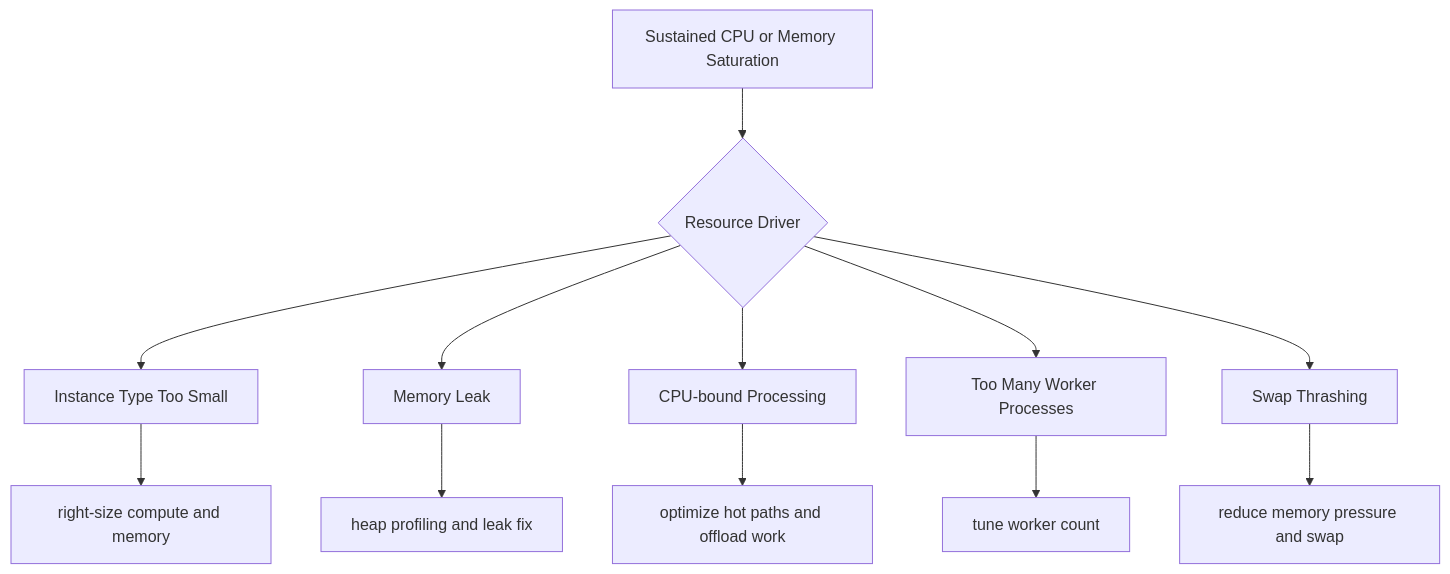
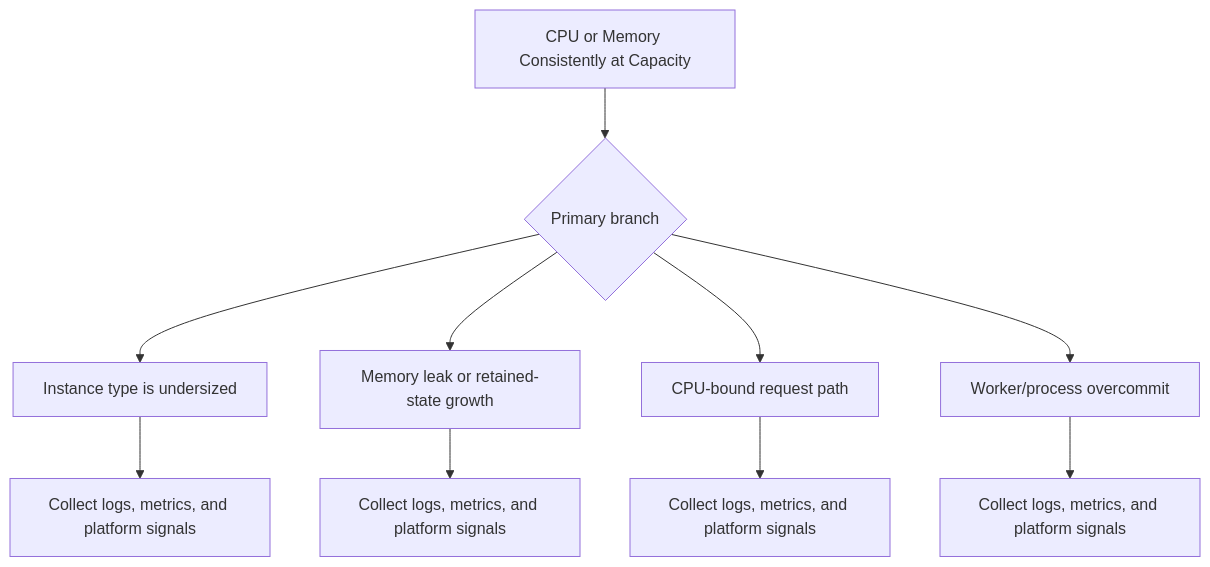
One commit to yeongseon/aws-elastic-beanstalk-practical-guide changed the first of 2 diagrams in docs/troubleshooting/playbooks/performance/cpu-memory-exhaustion.md. Above: the diagram before and after it, drawn with Mermaid. The commit also changed other lines of this file and 223 other files, not shown here.

````diff
--- a/docs/troubleshooting/playbooks/performance/cpu-memory-exhaustion.md
+++ b/docs/troubleshooting/playbooks/performance/cpu-memory-exhaustion.md
@@ -12,14 +6,12 @@
 ```mermaid
 flowchart TD
-    A[Sustained CPU or Memory Saturation] --> B{Resource Driver}
-    B --> C[Instance Type Too Small]
-    B --> D[Memory Leak]
-    B --> E[CPU-bound Processing]
-    B --> F[Too Many Worker Processes]
-    B --> G[Swap Thrashing]
-    C --> H[right-size compute and memory]
-    D --> I[heap profiling and leak fix]
-    E --> J[optimize hot paths and offload work]
-    F --> K[tune worker count]
-    G --> L[reduce memory pressure and swap]
+    A[CPU or Memory Consistently at Capacity] --> B{Primary branch}
+    B --> C1[Instance type is undersized]
+    C1 --> D1[Collect logs, metrics, and platform signals]
+    B --> C2[Memory leak or retained-state growth]
+    C2 --> D2[Collect logs, metrics, and platform signals]
+    B --> C3[CPU-bound request path]
+    C3 --> D3[Collect logs, metrics, and platform signals]
+    B --> C4[Worker/process overcommit]
+    C4 --> D4[Collect logs, metrics, and platform signals]
 ```
````
